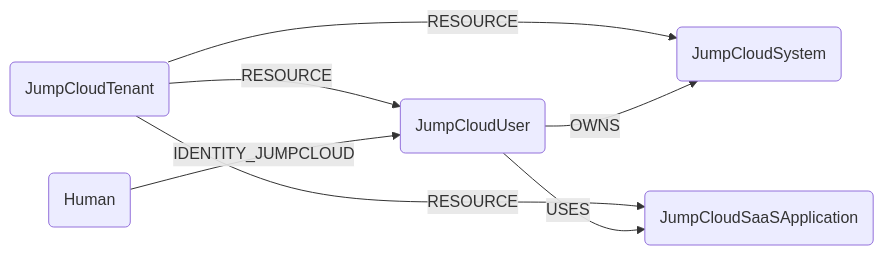
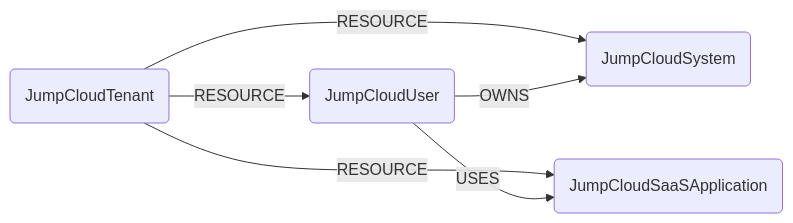
One commit to cartography-cncf/cartography changed the diagram in docs/root/modules/jumpcloud/schema.md. Above: the diagram before and after it, drawn with Mermaid. The commit also changed other lines of this file and 2 other files, not shown here.

````diff
--- a/docs/root/modules/jumpcloud/schema.md
+++ b/docs/root/modules/jumpcloud/schema.md
@@ -3,9 +3,8 @@
 ```mermaid
 graph LR
 T(JumpCloudTenant) -- RESOURCE --> U(JumpCloudUser)
 T -- RESOURCE --> S(JumpCloudSystem)
 T -- RESOURCE --> A(JumpCloudSaaSApplication)
 U -- OWNS --> S
 U -- USES --> A
-H(Human) -- IDENTITY_JUMPCLOUD --> U
 ```
````
